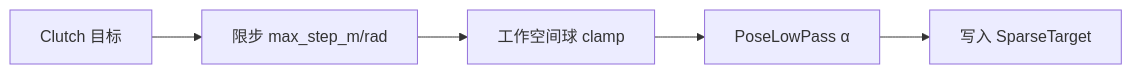
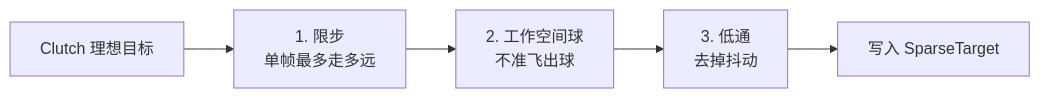
Before and after one commit to XiaoJichun/teleop_birth: the fifth of 7 diagrams in doc/遥操作全链路详解.md, drawn with Mermaid. The commit also changed other lines of this file and 351 other files, not shown here.

````diff
--- a/doc/遥操作全链路详解.md
+++ b/doc/遥操作全链路详解.md
@@ -343,7 +1244,7 @@
 ```mermaid
 flowchart LR
-  C[Clutch 目标] --> S[限步 max_step_m/rad]
-  S --> W[工作空间球 clamp]
-  W --> F[PoseLowPass α]
+  C[Clutch 理想目标] --> S["1. 限步<br/>单帧最多走多远"]
+  S --> W["2. 工作空间球<br/>不准飞出球"]
+  W --> F["3. 低通<br/>去掉抖动"]
   F --> Out[写入 SparseTarget]
 ```
````
